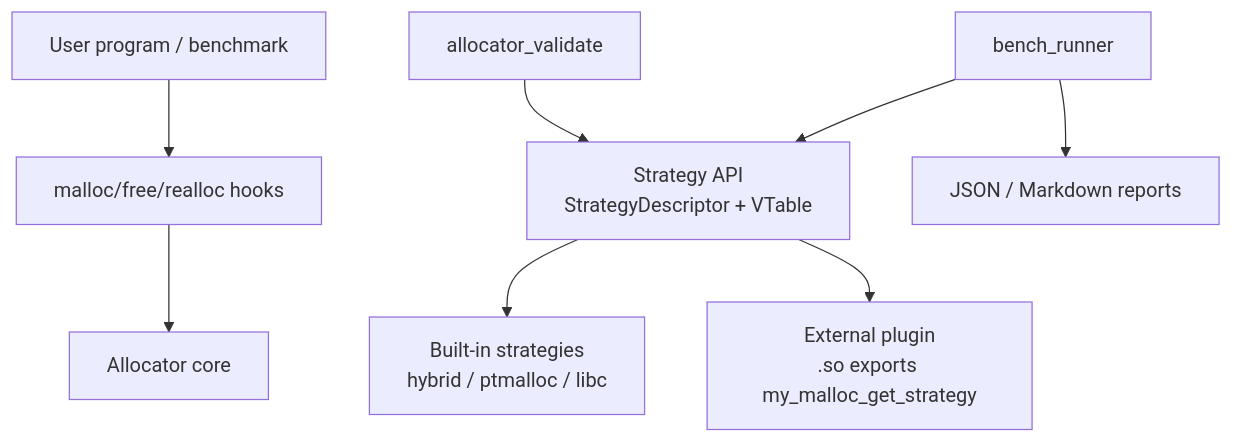
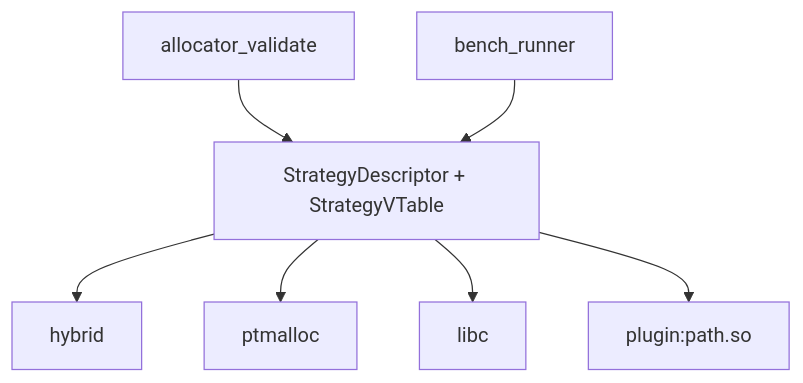
One commit to sdsasf/my_malloc changed the diagram in docs/allocator_lab.md. Above: the diagram before and after it, drawn with Mermaid. The commit also changed other lines of this file and 10 other files, not shown here.

````diff
--- a/docs/allocator_lab.md
+++ b/docs/allocator_lab.md
@@ -81,19 +18,17 @@
 ```mermaid
 flowchart TB
-    User["User program / benchmark"]
-    Hooks["malloc/free/realloc hooks"]
-    Core["Allocator core"]
-    StrategyAPI["Strategy API<br/>StrategyDescriptor + VTable"]
-    Builtin["Built-in strategies<br/>hybrid / ptmalloc / libc"]
-    Plugin["External plugin<br/>.so exports my_malloc_get_strategy"]
+    Bench["bench_runner"]
     Validate["allocator_validate"]
-    Bench["bench_runner"]
-    Docs["JSON / Markdown reports"]
+    API["StrategyDescriptor + StrategyVTable"]
+    Hybrid["hybrid"]
+    Ptmalloc["ptmalloc"]
+    Libc["libc"]
+    Plugin["plugin:path.so"]
 
-    User --> Hooks --> Core
-    Validate --> StrategyAPI
-    Bench --> StrategyAPI
-    StrategyAPI --> Builtin
-    StrategyAPI --> Plugin
-    Bench --> Docs
+    Validate --> API
+    Bench --> API
+    API --> Hybrid
+    API --> Ptmalloc
+    API --> Libc
+    API --> Plugin
 ```
````
